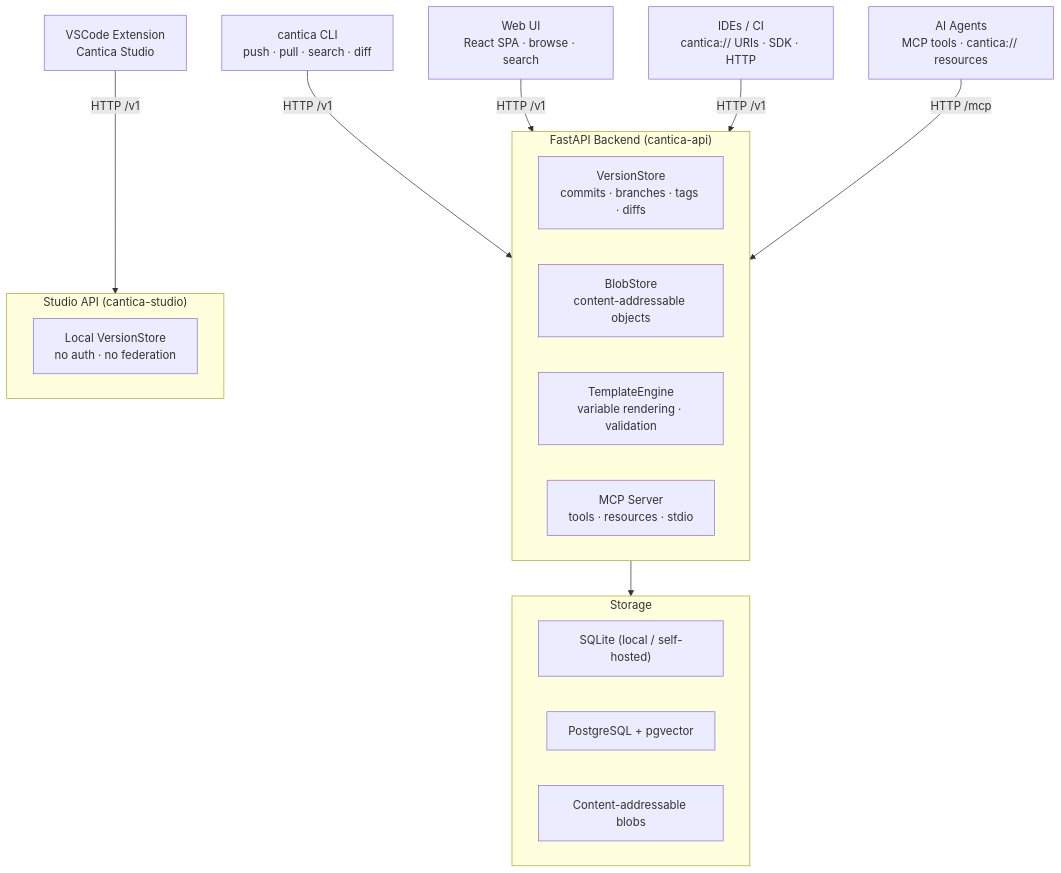
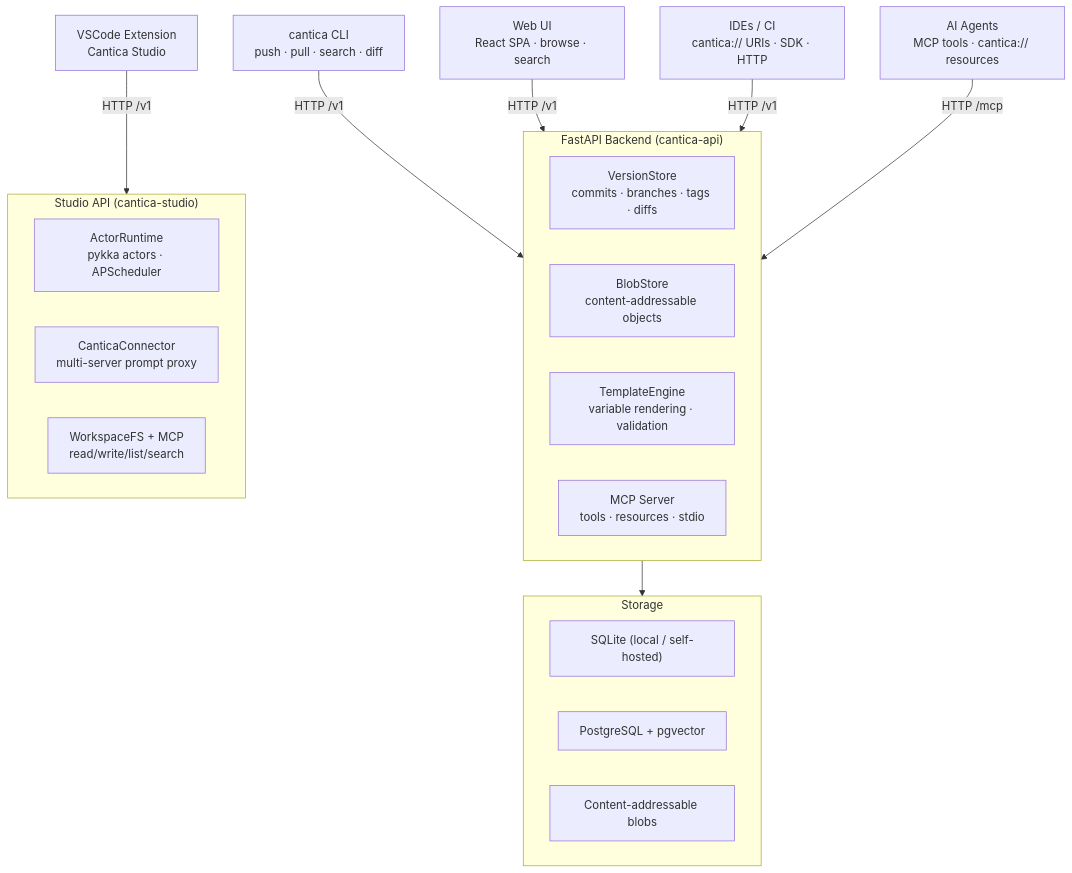
Before and after one commit to oliben67/cantica: the diagram in README.md, drawn with Mermaid.

Commit message:
docs: update Studio API architecture in monorepo README

````diff
--- a/README.md
+++ b/README.md
@@ -42,33 +42,35 @@
 ```mermaid
 graph TD
     CLI["cantica CLI<br/>push · pull · search · diff"]
     UI["Web UI<br/>React SPA · browse · search"]
     SDK["IDEs / CI<br/>cantica:// URIs · SDK · HTTP"]
     AGENT["AI Agents<br/>MCP tools · cantica:// resources"]
     VSCODE["VSCode Extension<br/>Cantica Studio"]
 
     CLI   -->|HTTP /v1| API
     UI    -->|HTTP /v1| API
     SDK   -->|HTTP /v1| API
     AGENT -->|HTTP /mcp| API
     VSCODE -->|HTTP /v1| STUDIO
 
     subgraph API["FastAPI Backend (cantica-api)"]
         VS["VersionStore<br/>commits · branches · tags · diffs"]
         BS["BlobStore<br/>content-addressable objects"]
         TE["TemplateEngine<br/>variable rendering · validation"]
         MCP["MCP Server<br/>tools · resources · stdio"]
     end
 
     subgraph STUDIO["Studio API (cantica-studio)"]
-        LST["Local VersionStore<br/>no auth · no federation"]
+        RT["ActorRuntime<br/>pykka actors · APScheduler"]
+        CP["CanticaConnector<br/>multi-server prompt proxy"]
+        FS["WorkspaceFS + MCP<br/>read/write/list/search"]
     end
 
     API --> DB
 
     subgraph DB["Storage"]
         SQ["SQLite (local / self-hosted)"]
         PG["PostgreSQL + pgvector"]
         BL["Content-addressable blobs"]
     end
 ```
````
